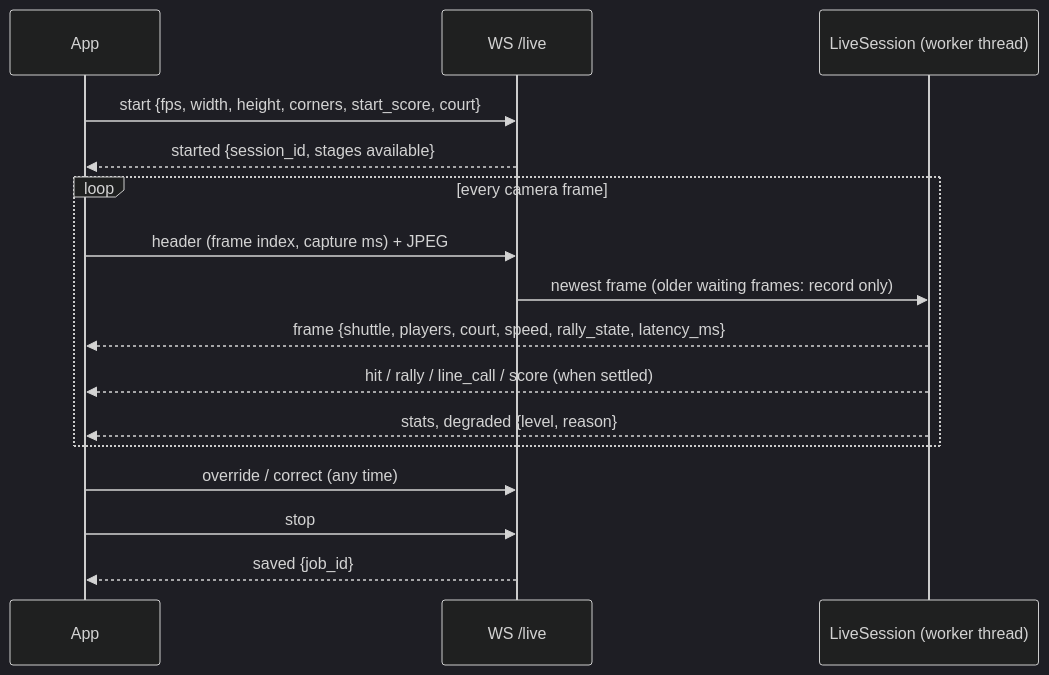
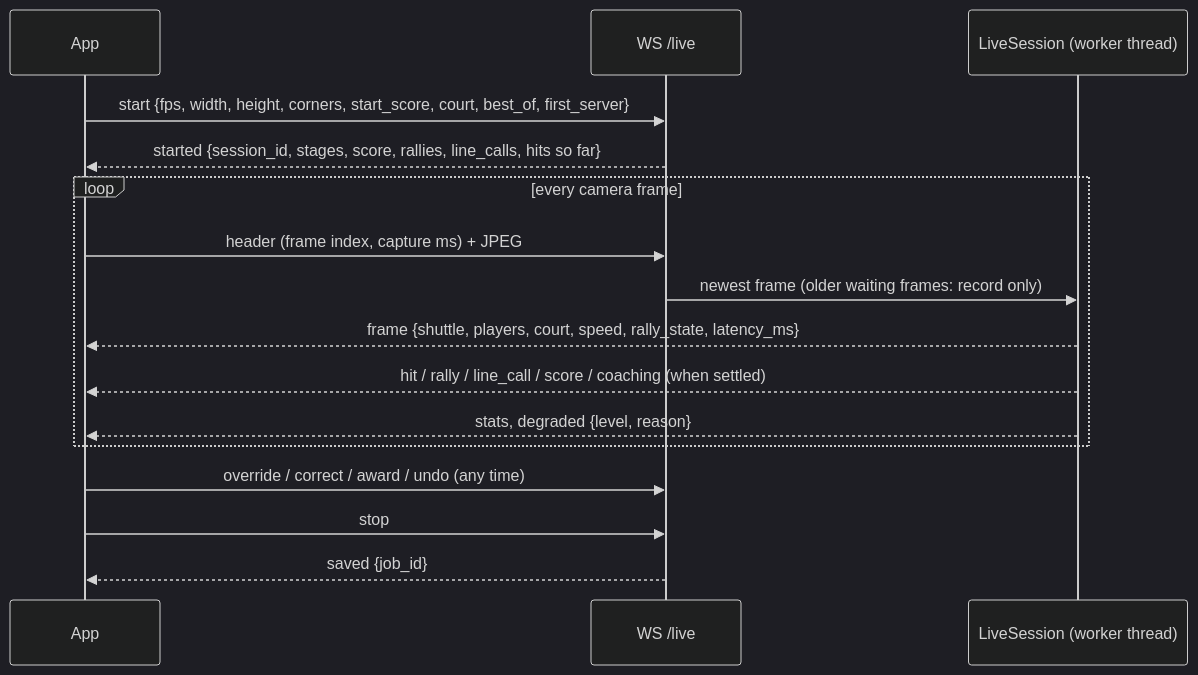
Before and after one commit to Mist10148/ShuttleSense: the fourth of 4 diagrams in docs/ARCHITECTURE.md, drawn with Mermaid (dark theme). The commit also changed 3 other files, not shown here.

First line of the commit message:
docs: match play, award and undo, coaching events and the live snapshot

````diff
--- a/docs/ARCHITECTURE.md
+++ b/docs/ARCHITECTURE.md
@@ -138,18 +138,18 @@
 ```mermaid
 sequenceDiagram
     participant App
     participant WS as WS /live
     participant S as LiveSession (worker thread)
-    App->>WS: start {fps, width, height, corners, start_score, court}
-    WS-->>App: started {session_id, stages available}
+    App->>WS: start {fps, width, height, corners, start_score, court, best_of, first_server}
+    WS-->>App: started {session_id, stages, score, rallies, line_calls, hits so far}
     loop every camera frame
         App->>WS: header (frame index, capture ms) + JPEG
         WS->>S: newest frame (older waiting frames: record only)
         S-->>App: frame {shuttle, players, court, speed, rally_state, latency_ms}
-        S-->>App: hit / rally / line_call / score (when settled)
+        S-->>App: hit / rally / line_call / score / coaching (when settled)
         S-->>App: stats, degraded {level, reason}
     end
-    App->>WS: override / correct (any time)
+    App->>WS: override / correct / award / undo (any time)
     App->>WS: stop
     WS-->>App: saved {job_id}
 ```
````
